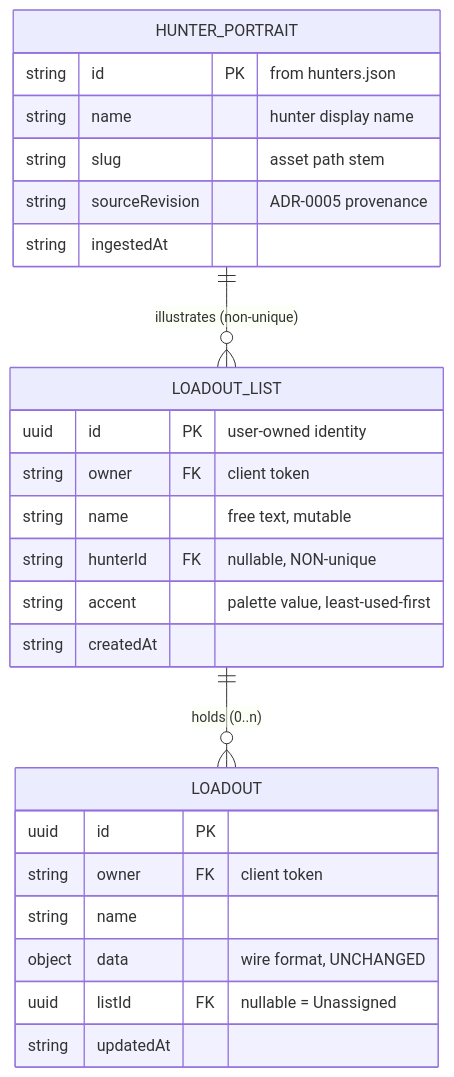
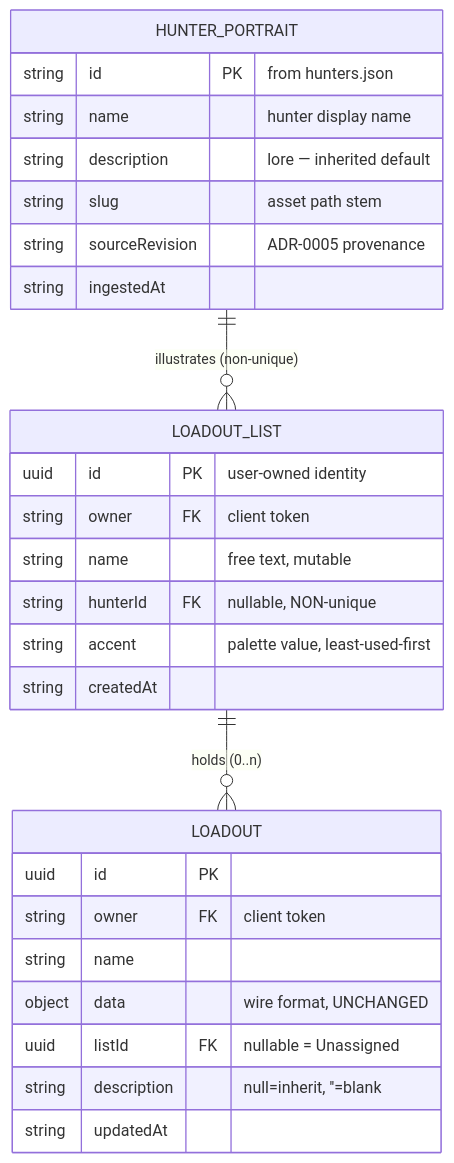
Before and after one commit to jonstump/the-outfitter: the first of 4 diagrams in docs/openspec/specs/hunter-loadout-lists/design.md, drawn with Mermaid. The commit also changed other lines of this file and 1 other file, not shown here.

````diff
--- a/docs/openspec/specs/hunter-loadout-lists/design.md
+++ b/docs/openspec/specs/hunter-loadout-lists/design.md
@@ -210,31 +297,33 @@
 ```mermaid
 erDiagram
     HUNTER_PORTRAIT ||--o{ LOADOUT_LIST : "illustrates (non-unique)"
     LOADOUT_LIST ||--o{ LOADOUT : "holds (0..n)"
 
     HUNTER_PORTRAIT {
         string id PK "from hunters.json"
         string name "hunter display name"
+        string description "lore — inherited default"
         string slug "asset path stem"
         string sourceRevision "ADR-0005 provenance"
         string ingestedAt
     }
 
     LOADOUT_LIST {
         uuid id PK "user-owned identity"
         string owner FK "client token"
         string name "free text, mutable"
         string hunterId FK "nullable, NON-unique"
         string accent "palette value, least-used-first"
         string createdAt
     }
 
     LOADOUT {
         uuid id PK
         string owner FK "client token"
         string name
         object data "wire format, UNCHANGED"
         uuid listId FK "nullable = Unassigned"
+        string description "null=inherit, ''=blank"
         string updatedAt
     }
 ```
````
